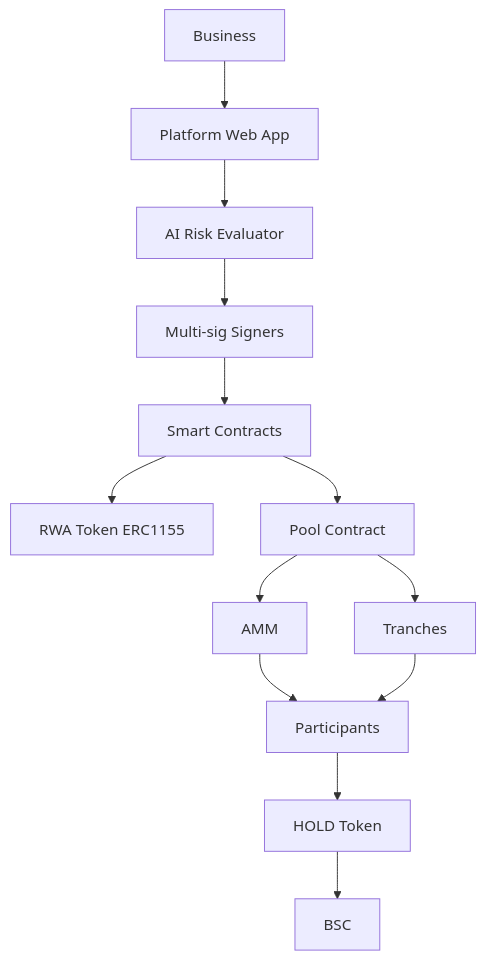
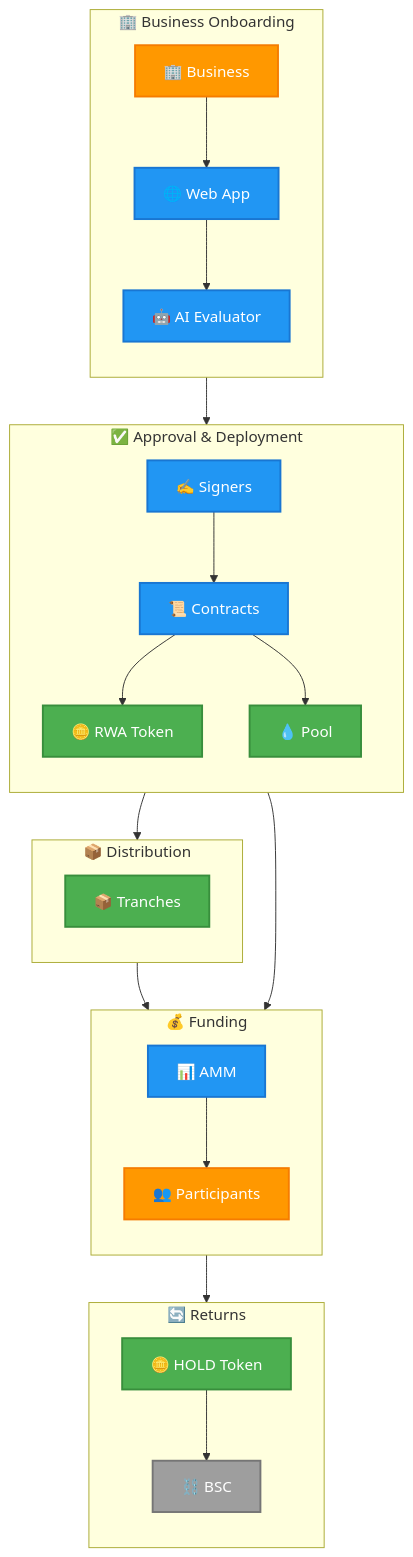
Before and after one commit to digitalsoupteam/rwa-platform-docs-new: the diagram in content/docs/index.mdx, drawn with Mermaid. The commit also changed 49 other files, not shown here.

````diff
--- a/content/docs/index.mdx
+++ b/content/docs/index.mdx
@@ -57,15 +57,56 @@
 ```mermaid
-graph TD
-    A[Business] --> B[Platform Web App]
-    B --> C[AI Risk Evaluator]
-    C --> D[Multi-sig Signers]
-    D --> E[Smart Contracts]
-    E --> F[RWA Token ERC1155]
-    E --> G[Pool Contract]
-    G --> H[AMM]
-    G --> I[Tranches]
-    H --> J[Participants]
-    I --> J
-    J --> K[HOLD Token]
-    K --> L[BSC]
+flowchart TB
+    %% Class definitions
+    classDef green fill:#4CAF50,stroke:#388E3C,stroke-width:2px,color:#fff
+    classDef blue fill:#2196F3,stroke:#1976D2,stroke-width:2px,color:#fff
+    classDef orange fill:#FF9800,stroke:#F57C00,stroke-width:2px,color:#fff
+    classDef red fill:#f44336,stroke:#D32F2F,stroke-width:2px,color:#fff
+    classDef grey fill:#9E9E9E,stroke:#757575,stroke-width:2px,color:#fff
+
+    subgraph "🏢 Business Onboarding"
+        direction TB
+        A["🏢 Business"] --> B["🌐 Web App"]
+        B --> C["🤖 AI Evaluator"]
+    end
+
+    subgraph "✅ Approval & Deployment"
+        direction TB
+        D["✍️ Signers"] --> E["📜 Contracts"]
+        E --> F["🪙 RWA Token"]
+        E --> G["💧 Pool"]
+    end
+
+    subgraph "💰 Funding"
+        direction TB
+        H["📊 AMM"] --> I["👥 Participants"]
+    end
+
+    subgraph "📦 Distribution"
+        direction TB
+        J["📦 Tranches"]
+    end
+
+    subgraph "🔄 Returns"
+        direction TB
+        K["🪙 HOLD Token"] --> L["⛓️ BSC"]
+    end
+
+    C --> D
+    G --> H
+    G --> J
+    J --> I
+    I --> K
+
+    class A orange
+    class B blue
+    class C blue
+    class D blue
+    class E blue
+    class F green
+    class G green
+    class H blue
+    class I orange
+    class J green
+    class K green
+    class L grey
 ```
````
